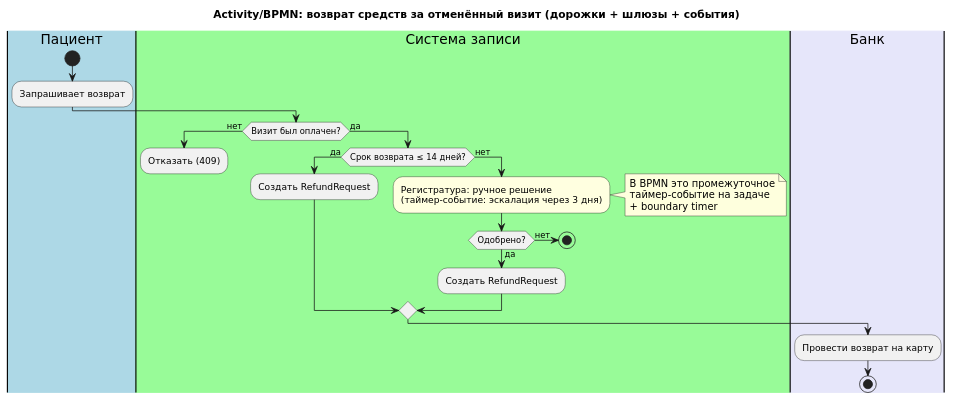
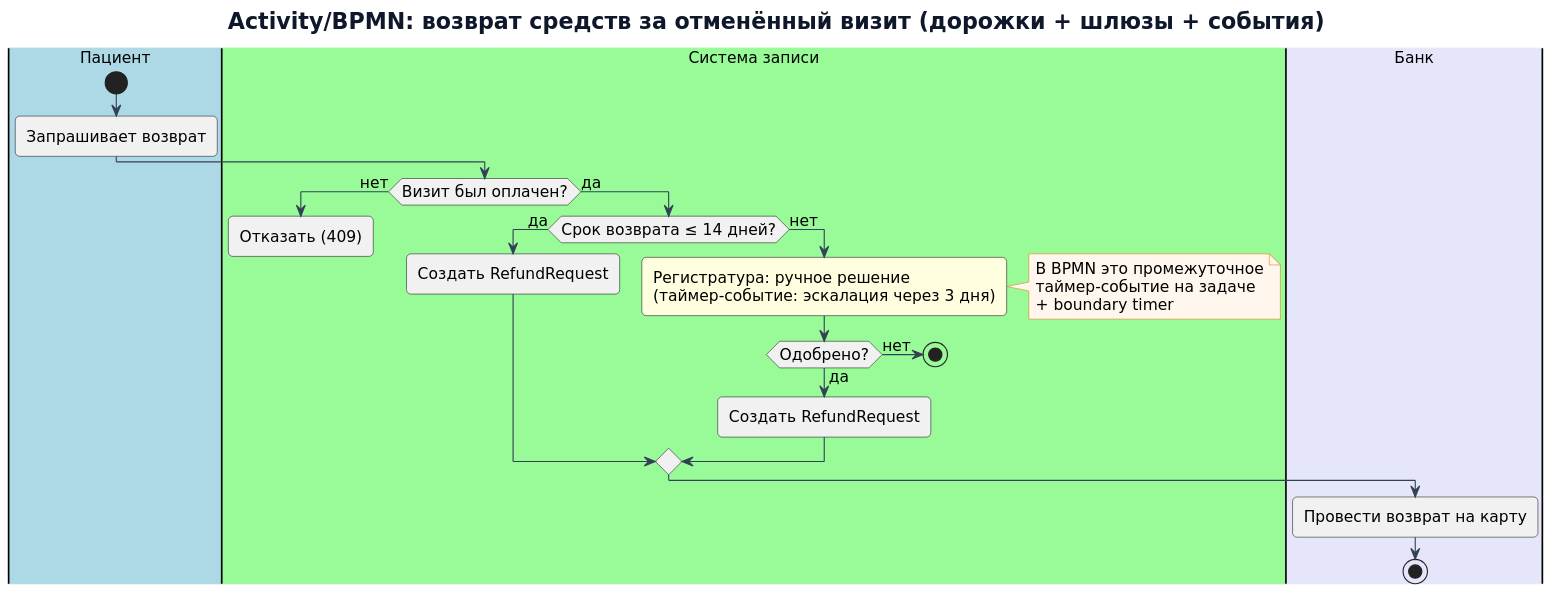
One commit to maedodo11/fullstack-system-analyst changed the diagram in puml_m2/m2_03_activity_bpmn.puml. Above: the diagram before and after it, drawn with PlantUML. The commit also changed 256 other files, not shown here.

Commit message:
Improve course accuracy, practical examples and diagram validation

```diff
--- a/puml_m2/m2_03_activity_bpmn.puml
+++ b/puml_m2/m2_03_activity_bpmn.puml
@@ -1,32 +1,41 @@
 @startuml m2_03_activity_bpmn
+skinparam defaultFontName "DejaVu Sans"
+skinparam defaultFontSize 14
+skinparam backgroundColor #FFFFFF
+skinparam shadowing false
+skinparam roundcorner 8
+skinparam ArrowColor #334155
+skinparam titleFontColor #0F172A
+skinparam titleFontSize 20
+skinparam noteBackgroundColor #FFF7ED
+skinparam noteBorderColor #D97706
+skinparam dpi 140
 title Activity/BPMN: возврат средств за отменённый визит (дорожки + шлюзы + события)
-!pragma layout smetana
-skinparam defaultFontName "DejaVu Sans"
 |#LightBlue|Пациент|
 start
 :Запрашивает возврат;
 |#PaleGreen|Система записи|
 if (Визит был оплачен?) then (нет)
   :Отказать (409);
   kill
 else (да)
   if (Срок возврата ≤ 14 дней?) then (да)
     :Создать RefundRequest;
   else (нет)
     #LightYellow:Регистратура: ручное решение\n(таймер-событие: эскалация через 3 дня);
     note right
       В BPMN это промежуточное
       таймер-событие на задаче
       + boundary timer
     end note
     if (Одобрено?) then (да)
       :Создать RefundRequest;
     else (нет)
       stop
     endif
   endif
 endif
 |#Lavender|Банк|
 :Провести возврат на карту;
 stop
 @enduml
```
